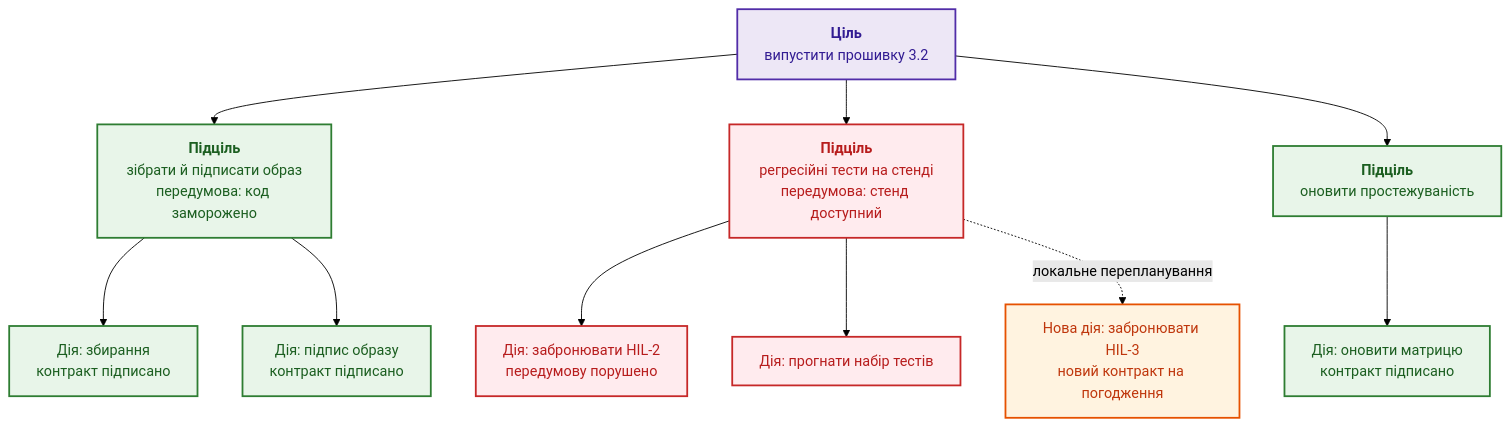
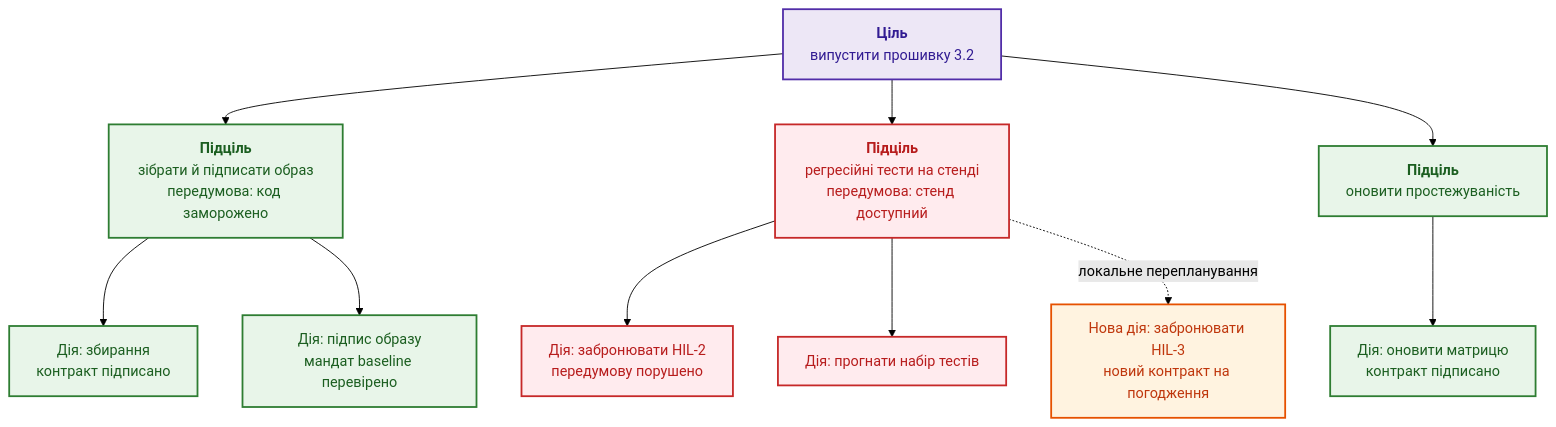
One commit to nick-fedchik/articles changed the third of 6 diagrams in ExpertSystem/ch21-from-recommendation-to-action.md. Above: the diagram before and after it, drawn with Mermaid (forest theme). The commit also changed other lines of this file and 375 other files, not shown here.

````diff
--- a/ExpertSystem/ch21-from-recommendation-to-action.md
+++ b/ExpertSystem/ch21-from-recommendation-to-action.md
@@ -235,25 +299,25 @@
 ```mermaid
 flowchart TD
     accTitle: Дерево цілей із локальним переплануванням
-    accDescr: Ціль випуску прошивки розкладено на три підцілі; після втрати стенда перебудовують лише піддерево тестування, а контракти й підписи інших гілок зберігаються.
+    accDescr: Ціль випуску прошивки розкладено на три підцілі; після втрати стенда перебудовують піддерево тестування. Незмінні baseline-специфікації можуть зберігатися, але кожна конкретна дія потребує повторної машинної авторизації за поточним контекстом.
 
     G["<b>Ціль</b><br/>випустити прошивку 3.2"] --> S1["<b>Підціль</b><br/>зібрати й підписати образ<br/>передумова: код заморожено"]
     G --> S2["<b>Підціль</b><br/>регресійні тести на стенді<br/>передумова: стенд доступний"]
     G --> S3["<b>Підціль</b><br/>оновити простежуваність"]
     S1 --> A1["Дія: збирання<br/>контракт підписано"]
-    S1 --> A2["Дія: підпис образу<br/>контракт підписано"]
+    S1 --> A2["Дія: підпис образу<br/>мандат baseline перевірено"]
     S2 --> A3["Дія: забронювати HIL-2<br/>передумову порушено"]
     S2 --> A4["Дія: прогнати набір тестів"]
     S3 --> A5["Дія: оновити матрицю<br/>контракт підписано"]
     S2 -.->|"локальне перепланування"| A6["Нова дія: забронювати HIL-3<br/>новий контракт на погодження"]
 
     classDef goal fill:#ede7f6,stroke:#512da8,stroke-width:2px,color:#311b92;
     classDef keep fill:#e8f5e9,stroke:#2e7d32,stroke-width:2px,color:#1b5e20;
     classDef broken fill:#ffebee,stroke:#c62828,stroke-width:2px,color:#b71c1c;
     classDef fresh fill:#fff3e0,stroke:#e65100,stroke-width:2px,color:#bf360c;
 
     class G goal;
     class S1,S3,A1,A2,A5 keep;
     class S2,A3,A4 broken;
     class A6 fresh;
 ```
````
